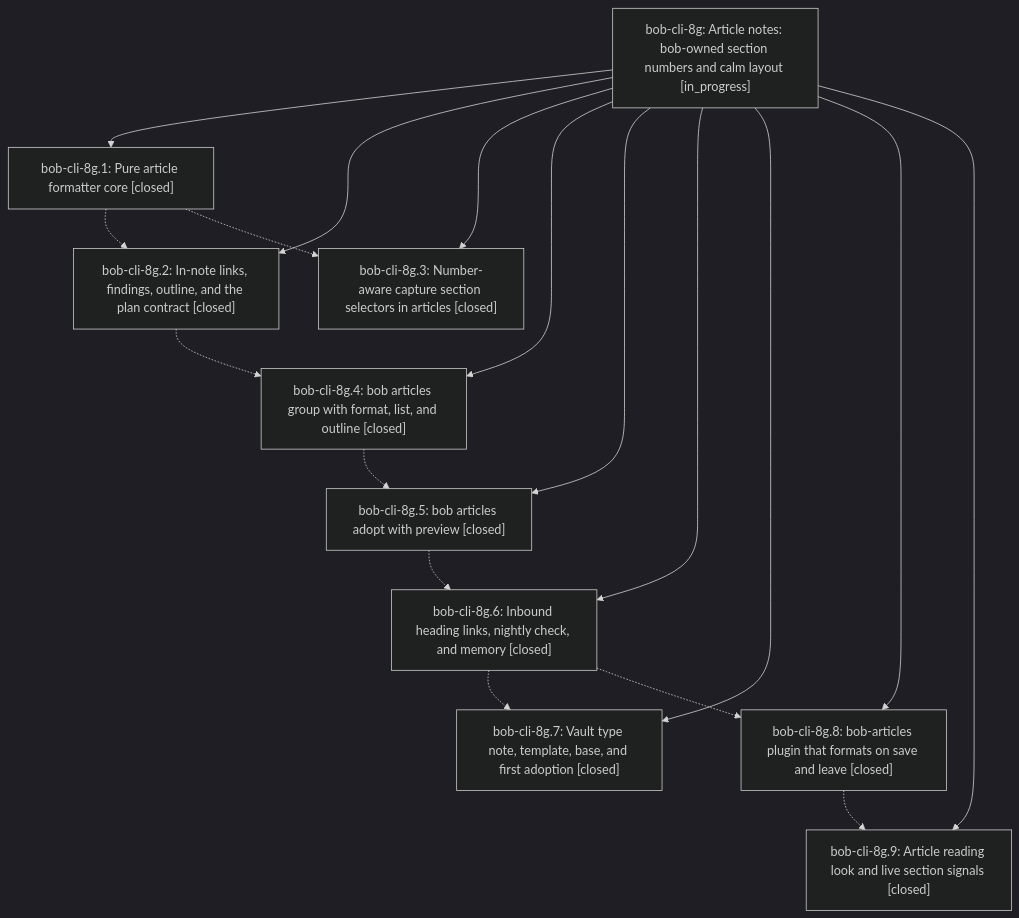
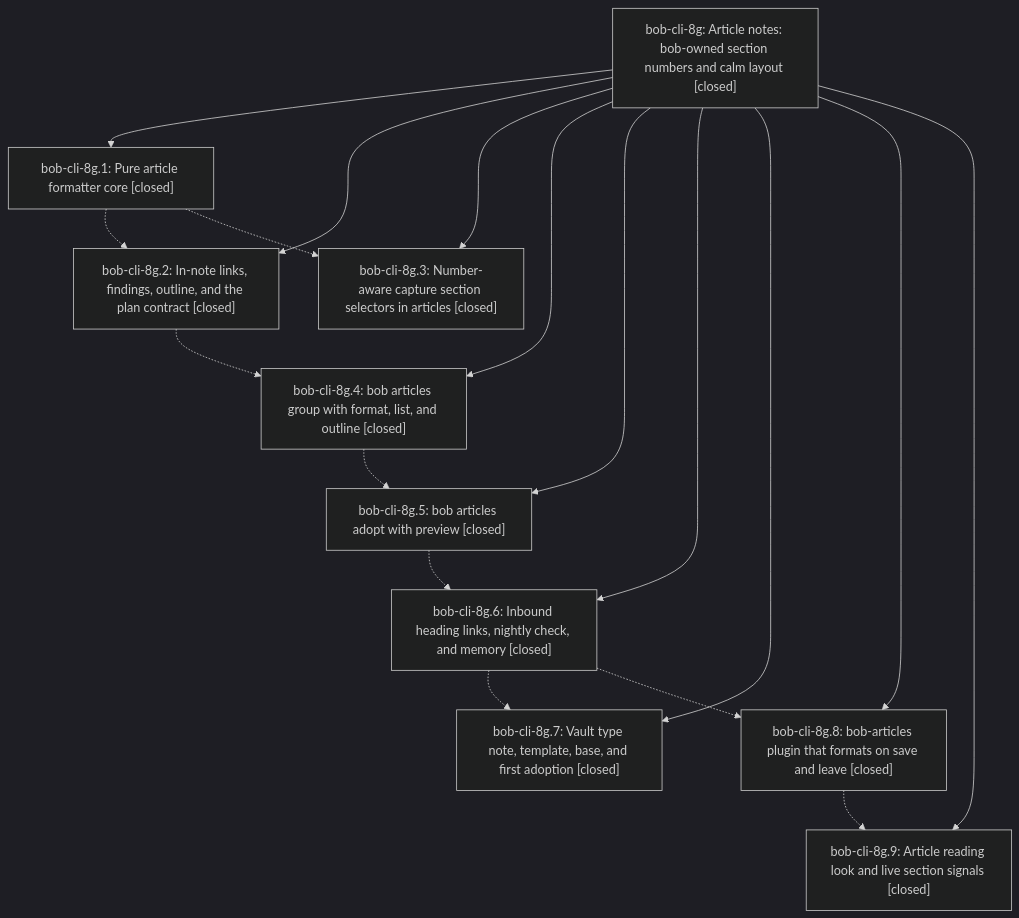
The diagram in pages/bob-cli-8g/README.md (bobs-org/bob-cli--beads), drawn with Mermaid (dark theme) before and after one commit. The commit also changed other lines of this file and 1 other file, not shown here.

First line of the commit message:
chore(beads): sync bead state and pages for bob-cli-8g

````diff
--- a/pages/bob-cli-8g/README.md
+++ b/pages/bob-cli-8g/README.md
@@ -42,30 +50,30 @@
 ```mermaid
 flowchart TD
-    n0["bob-cli-8g: Article notes: bob-owned section numbers and calm layout [in_progress]"]
+    n0["bob-cli-8g: Article notes: bob-owned section numbers and calm layout [closed]"]
     n1["bob-cli-8g.1: Pure article formatter core [closed]"]
     n2["bob-cli-8g.2: In-note links, findings, outline, and the plan contract [closed]"]
     n3["bob-cli-8g.3: Number-aware capture section selectors in articles [closed]"]
     n4["bob-cli-8g.4: bob articles group with format, list, and outline [closed]"]
     n5["bob-cli-8g.5: bob articles adopt with preview [closed]"]
     n6["bob-cli-8g.6: Inbound heading links, nightly check, and memory [closed]"]
     n7["bob-cli-8g.7: Vault type note, template, base, and first adoption [closed]"]
     n8["bob-cli-8g.8: bob-articles plugin that formats on save and leave [closed]"]
     n9["bob-cli-8g.9: Article reading look and live section signals [closed]"]
     n0 --> n1
     n0 --> n2
     n0 --> n3
     n0 --> n4
     n0 --> n5
     n0 --> n6
     n0 --> n7
     n0 --> n8
     n0 --> n9
     n1 -.-> n2
     n1 -.-> n3
     n2 -.-> n4
     n4 -.-> n5
     n5 -.-> n6
     n6 -.-> n7
     n6 -.-> n8
     n8 -.-> n9
 ```
````
